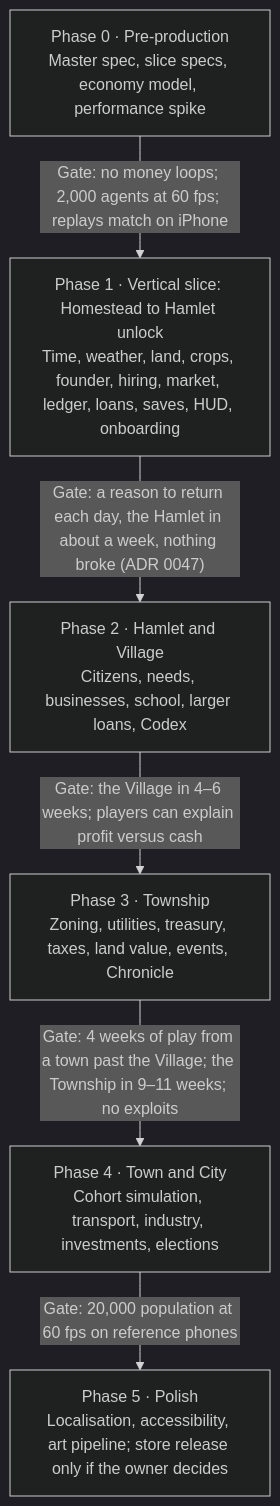
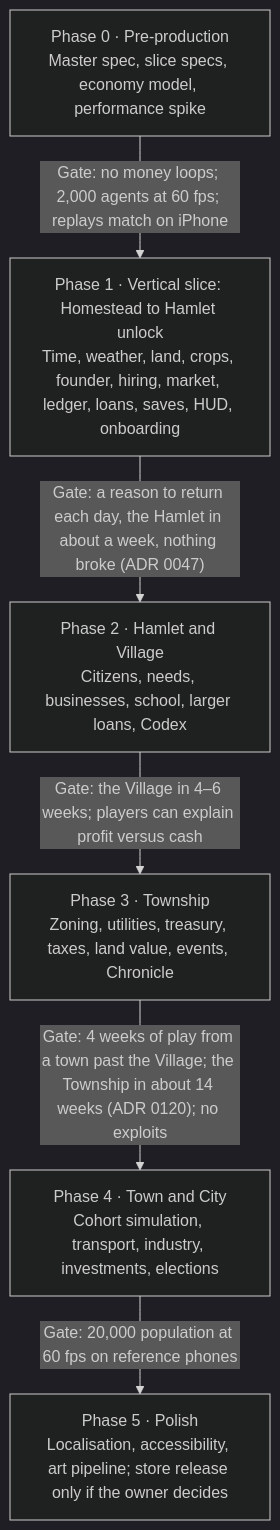
Before and after one commit to patel-keyur-18/farm-to-city: the second of 2 diagrams in docs/GDD.md, drawn with Mermaid (dark theme). The commit also changed other lines of this file and 283 other files, not shown here.

````diff
--- a/docs/GDD.md
+++ b/docs/GDD.md
@@ -1128,15 +1128,15 @@
 ```mermaid
 flowchart TB
     P0["Phase 0 · Pre-production<br/>Master spec, slice specs, economy model, performance spike"]
     P1["Phase 1 · Vertical slice: Homestead to Hamlet unlock<br/>Time, weather, land, crops, founder, hiring, market, ledger, loans, saves, HUD, onboarding"]
     P2["Phase 2 · Hamlet and Village<br/>Citizens, needs, businesses, school, larger loans, Codex"]
     P3["Phase 3 · Township<br/>Zoning, utilities, treasury, taxes, land value, events, Chronicle"]
     P4["Phase 4 · Town and City<br/>Cohort simulation, transport, industry, investments, elections"]
     P5["Phase 5 · Polish<br/>Localisation, accessibility, art pipeline; store release only if the owner decides"]
 
     P0 -->|"Gate: no money loops; 2,000 agents at 60 fps; replays match on iPhone"| P1
     P1 -->|"Gate: a reason to return each day, the Hamlet in about a week, nothing broke (ADR 0047)"| P2
     P2 -->|"Gate: the Village in 4–6 weeks; players can explain profit versus cash"| P3
-    P3 -->|"Gate: 4 weeks of play from a town past the Village; the Township in 9–11 weeks; no exploits"| P4
+    P3 -->|"Gate: 4 weeks of play from a town past the Village; the Township in about 14 weeks (ADR 0120); no exploits"| P4
     P4 -->|"Gate: 20,000 population at 60 fps on reference phones"| P5
 ```
````
